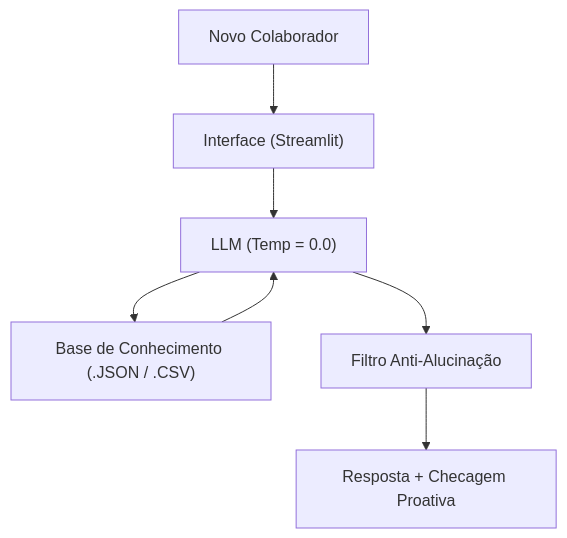
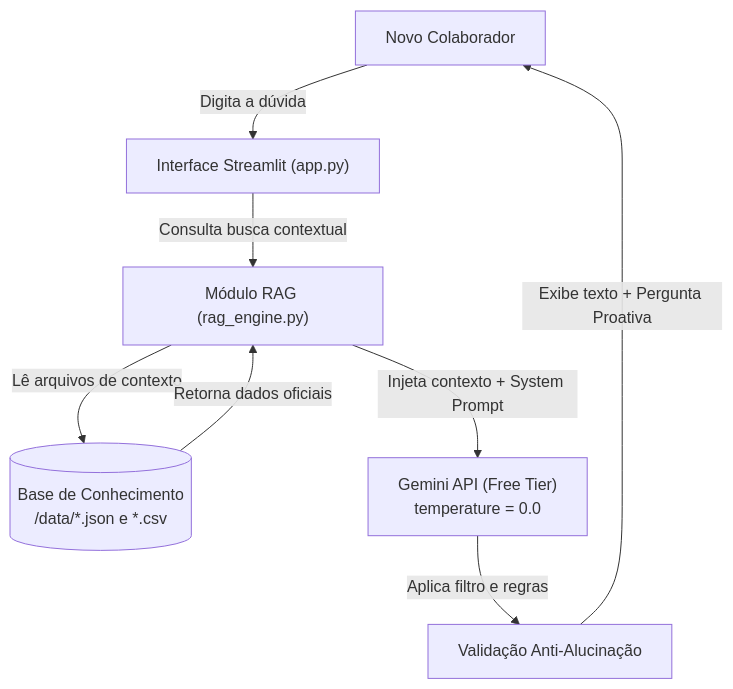
One commit to eng-alexandrefranca/dio-lab-bia-do-futuro changed the diagram in docs/01-documentacao-agente.md. Above: the diagram before and after it, drawn with Mermaid. The commit also changed other lines of this file and 7 other files, not shown here.

````diff
--- a/docs/01-documentacao-agente.md
+++ b/docs/01-documentacao-agente.md
@@ -53,10 +54,10 @@
 ```mermaid
 flowchart TD
-    A[Novo Colaborador] --> B["Interface (Streamlit)"]
-    B --> C["LLM (Temp = 0.0)"]
-    C --> D["Base de Conhecimento (.JSON / .CSV)"]
-    D --> C
-    C --> E["Filtro Anti-Alucinação"]
-    E --> F["Resposta + Checagem Proativa"]
-
+    A[Novo Colaborador] -->|Digita a dúvida| B["Interface Streamlit (app.py)"]
+    B -->|Consulta busca contextual| C["Módulo RAG (rag_engine.py)"]
+    C -->|Lê arquivos de contexto| D[("Base de Conhecimento\n/data/*.json e *.csv")]
+    D -->|Retorna dados oficiais| C
+    C -->|Injeta contexto + System Prompt| E["Gemini API (Free Tier)\ntemperature = 0.0"]
+    E -->|Aplica filtro e regras| F["Validação Anti-Alucinação"]
+    F -->|Exibe texto + Pergunta Proativa| A
 ```
````
